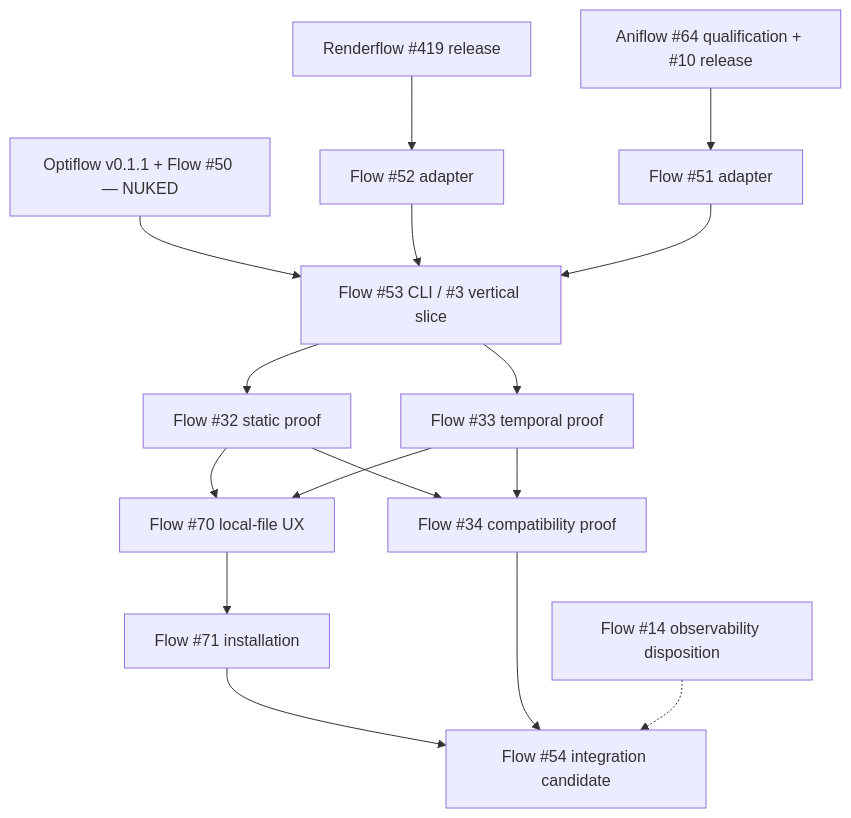
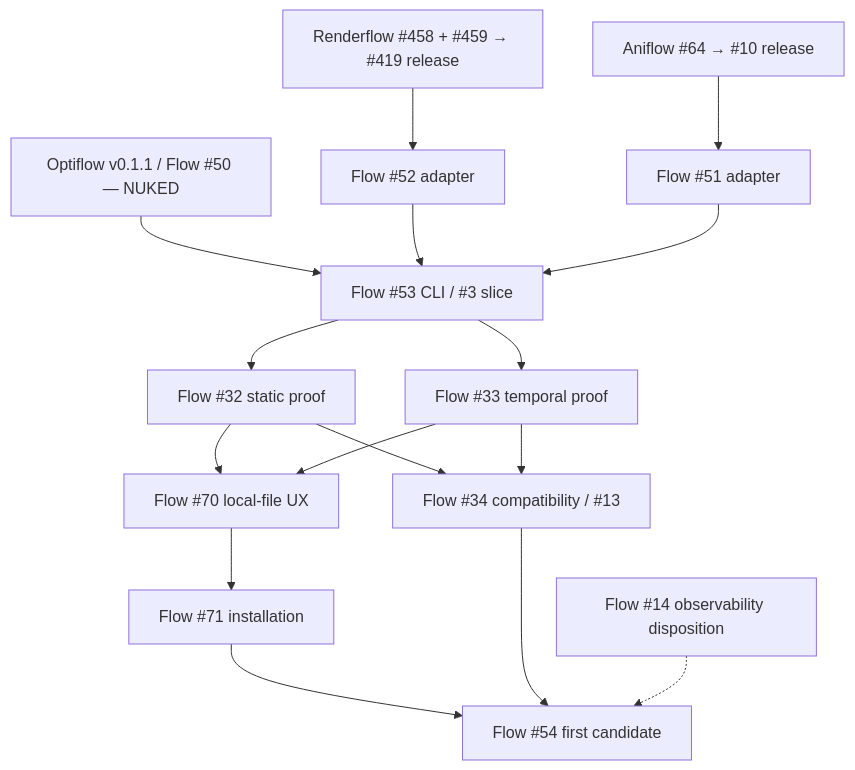
One commit to egohygiene/flow changed the diagram in docs/roadmaps/flow-suite-dependency-map.md. Above: the diagram before and after it, drawn with Mermaid. The commit also changed other lines of this file and 9 other files, not shown here.

Commit message:
Refresh complete Flow suite roadmap after PR merge sweep [skip ci]

````diff
--- a/docs/roadmaps/flow-suite-dependency-map.md
+++ b/docs/roadmaps/flow-suite-dependency-map.md
@@ -106,18 +92,18 @@
 ```mermaid
 flowchart TB
-  O["Optiflow v0.1.1 + Flow #50 — NUKED"] --> C["Flow #53 CLI / #3 vertical slice"]
-  R["Renderflow #419 release"] --> RA["Flow #52 adapter"]
-  A["Aniflow #64 qualification + #10 release"] --> AA["Flow #51 adapter"]
+  O["Optiflow v0.1.1 / Flow #50 — NUKED"] --> C["Flow #53 CLI / #3 slice"]
+  R["Renderflow #458 + #459 → #419 release"] --> RA["Flow #52 adapter"]
+  A["Aniflow #64 → #10 release"] --> AA["Flow #51 adapter"]
   RA --> C
   AA --> C
   C --> S["Flow #32 static proof"]
   C --> T["Flow #33 temporal proof"]
-  S --> V["Flow #34 compatibility proof"]
+  S --> V["Flow #34 compatibility / #13"]
   T --> V
   S --> U["Flow #70 local-file UX"]
   T --> U
   U --> P["Flow #71 installation"]
-  P --> F["Flow #54 integration candidate"]
+  P --> F["Flow #54 first candidate"]
   V --> F
   D["Flow #14 observability disposition"] -.-> F
 ```
````
